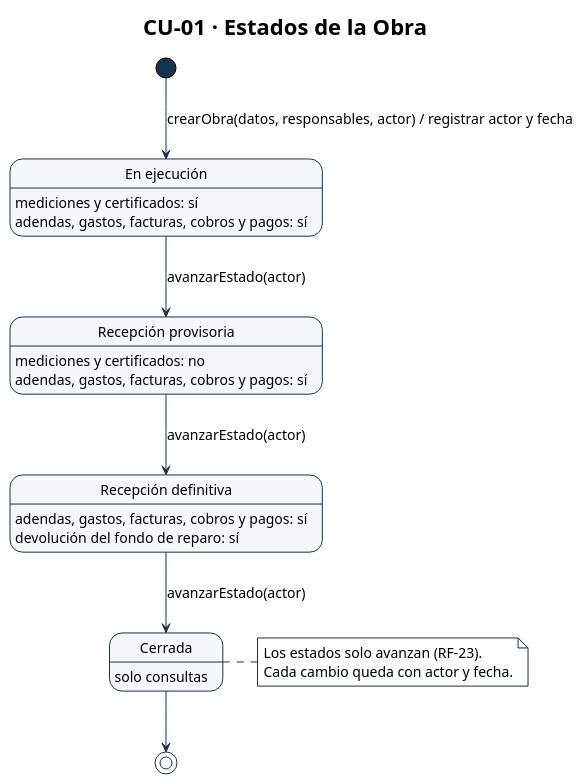
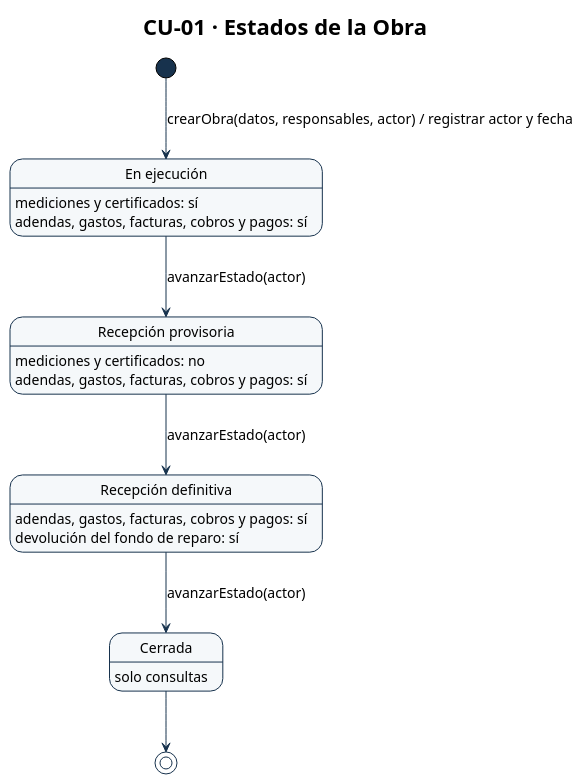
One commit to Ssrrb/tpf-uca changed the diagram in diagramas/CU-01-estados.puml. Above: the diagram before and after it, drawn with PlantUML. The commit also changed 22 other files, not shown here.

```diff
--- a/diagramas/CU-01-estados.puml
+++ b/diagramas/CU-01-estados.puml
@@ -1,59 +1,55 @@
 @startuml
 !theme plain
 skinparam style strictuml
 skinparam shadowing false
 skinparam defaultFontName Arial
 skinparam defaultFontSize 14
 skinparam ArrowColor #17324D
 skinparam activity {
   StartColor #17324D
   EndColor #17324D
   BarColor #17324D
   BackgroundColor #F5F8FA
   BorderColor #17324D
   DiamondBackgroundColor #EAF2F6
   DiamondBorderColor #17324D
 }
 skinparam swimlane {
   BorderColor #17324D
   TitleBackgroundColor #EAF2F6
 }
 skinparam state {
   StartColor #17324D
   EndColor #17324D
   BackgroundColor #F5F8FA
   BorderColor #17324D
 }
 skinparam package {
   BackgroundColor #EAF2F6
   BorderColor #17324D
 }
 skinparam note {
   BackgroundColor #FFFFFF
   BorderColor #17324D
 }
 title CU-01 · Estados de la Obra
 state "En ejecución" as en_ejecucion
 state "Recepción provisoria" as recepcion_provisoria
 state "Recepción definitiva" as recepcion_definitiva
 state "Cerrada" as cerrada
 
 en_ejecucion : mediciones y certificados: sí
 en_ejecucion : adendas, gastos, facturas, cobros y pagos: sí
 recepcion_provisoria : mediciones y certificados: no
 recepcion_provisoria : adendas, gastos, facturas, cobros y pagos: sí
 recepcion_definitiva : adendas, gastos, facturas, cobros y pagos: sí
 recepcion_definitiva : devolución del fondo de reparo: sí
 cerrada : solo consultas
 
 [*] --> en_ejecucion : crearObra(datos, responsables, actor) / registrar actor y fecha
 en_ejecucion --> recepcion_provisoria : avanzarEstado(actor)
 recepcion_provisoria --> recepcion_definitiva : avanzarEstado(actor)
 recepcion_definitiva --> cerrada : avanzarEstado(actor)
 cerrada --> [*]
 
-note right of cerrada
-  Los estados solo avanzan (RF-23).
-  Cada cambio queda con actor y fecha.
-end note
 @enduml
```
